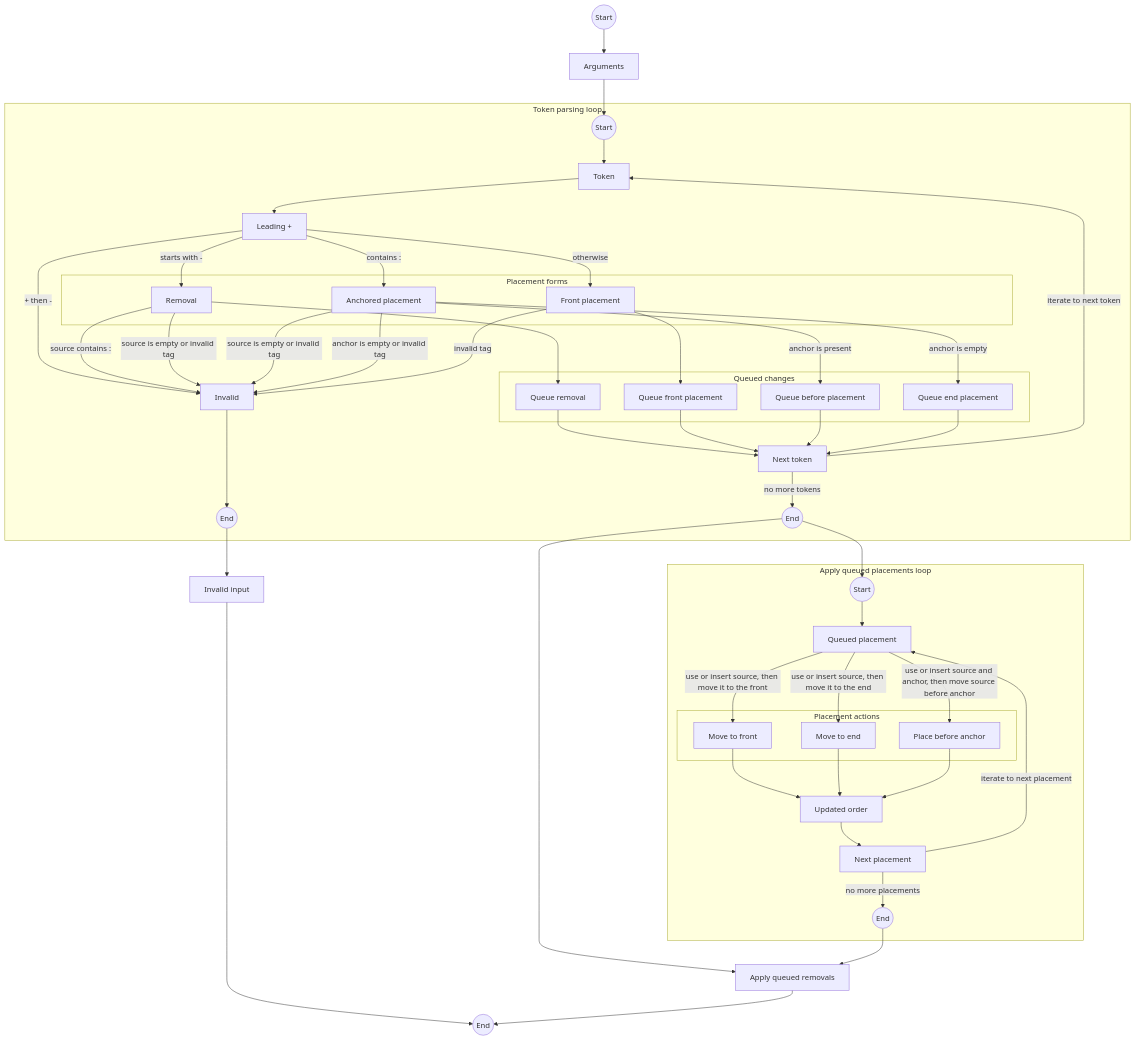
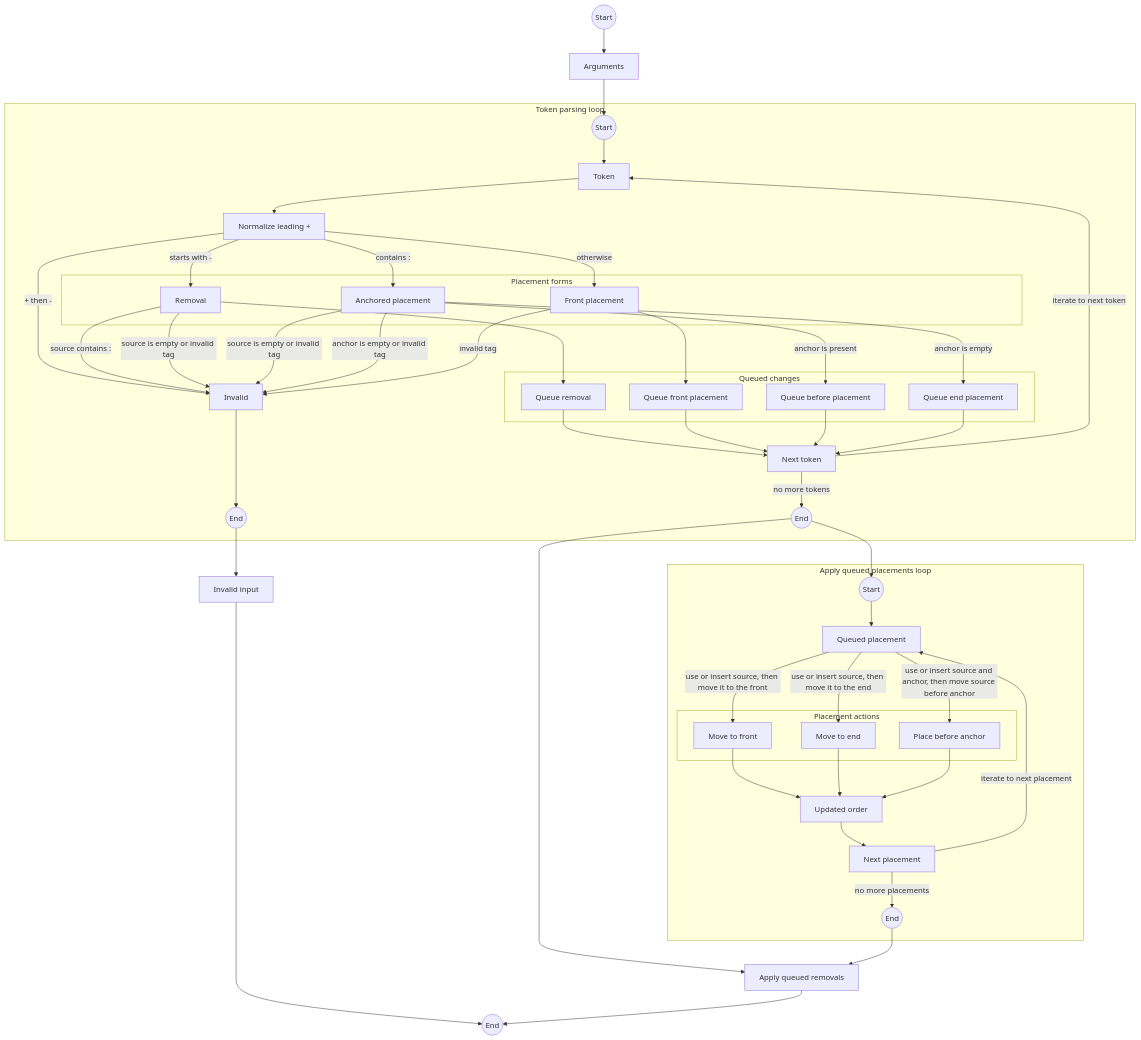
Before and after one commit to Glutexo/macos-language-manager: the diagram in docs/macos-language-manager.md, drawn with Mermaid.

Commit message:
Clarify leading plus normalization in diagram

````diff
--- a/docs/macos-language-manager.md
+++ b/docs/macos-language-manager.md
@@ -228,80 +228,80 @@
 ```mermaid
 flowchart TD
     Start((Start)) --> Arguments[Arguments]
     Arguments --> TokenLoopStart
 
     subgraph TokenParsing["Token parsing loop"]
         TokenLoopStart((Start)) --> Token[Token]
-        Token[Token] --> LeadingPlus[Leading +]
+        Token[Token] --> LeadingPlus[Normalize leading +]
 
         subgraph PlacementForms["Placement forms"]
             Removal[Removal]
             AnchoredPlacement[Anchored placement]
             FrontPlacement[Front placement]
         end
 
         subgraph QueuedChanges["Queued changes"]
             QueueRemoval[Queue removal]
             QueueFront[Queue front placement]
             QueueBefore[Queue before placement]
             QueueEnd[Queue end placement]
         end
 
         LeadingPlus -- + then - --> Invalid[Invalid]
         LeadingPlus -- starts with - --> Removal
         LeadingPlus -- contains : --> AnchoredPlacement
         LeadingPlus -- otherwise --> FrontPlacement
 
         Removal -- source contains : --> Invalid
         Removal -- source is empty or invalid tag --> Invalid
         Removal --> QueueRemoval
 
         AnchoredPlacement -- source is empty or invalid tag --> Invalid
         AnchoredPlacement -- anchor is empty or invalid tag --> Invalid
         AnchoredPlacement -- anchor is empty --> QueueEnd
         AnchoredPlacement -- anchor is present --> QueueBefore
 
         FrontPlacement -- invalid tag --> Invalid
         FrontPlacement --> QueueFront
 
         QueueRemoval --> NextToken[Next token]
         QueueFront --> NextToken
         QueueBefore --> NextToken
         QueueEnd --> NextToken
 
         NextToken -- iterate to next token --> Token
         Invalid --> TokenLoopInvalidEnd((End))
         NextToken -- no more tokens --> TokenLoopDoneEnd((End))
     end
 
     TokenLoopInvalidEnd --> InvalidInput[Invalid input]
     InvalidInput --> End((End))
 
     TokenLoopDoneEnd --> PlacementLoopStart
     TokenLoopDoneEnd --> ApplyRemovals[Apply queued removals]
 
     subgraph PlacementLoop["Apply queued placements loop"]
         PlacementLoopStart((Start)) --> Placement[Queued placement]
 
         subgraph PlacementActions["Placement actions"]
             MoveToFront[Move to front]
             MoveToEnd[Move to end]
             PlaceBeforeAnchor[Place before anchor]
         end
 
         Placement -- use or insert source, then move it to the front --> MoveToFront
         Placement -- use or insert source, then move it to the end --> MoveToEnd
         Placement -- use or insert source and anchor, then move source before anchor --> PlaceBeforeAnchor
 
         MoveToFront --> UpdatedOrder[Updated order]
         MoveToEnd --> UpdatedOrder
         PlaceBeforeAnchor --> UpdatedOrder
 
         UpdatedOrder --> NextPlacement[Next placement]
         NextPlacement -- iterate to next placement --> Placement
         NextPlacement -- no more placements --> PlacementLoopEnd((End))
     end
 
     PlacementLoopEnd --> ApplyRemovals
     ApplyRemovals --> End
 ```
````
